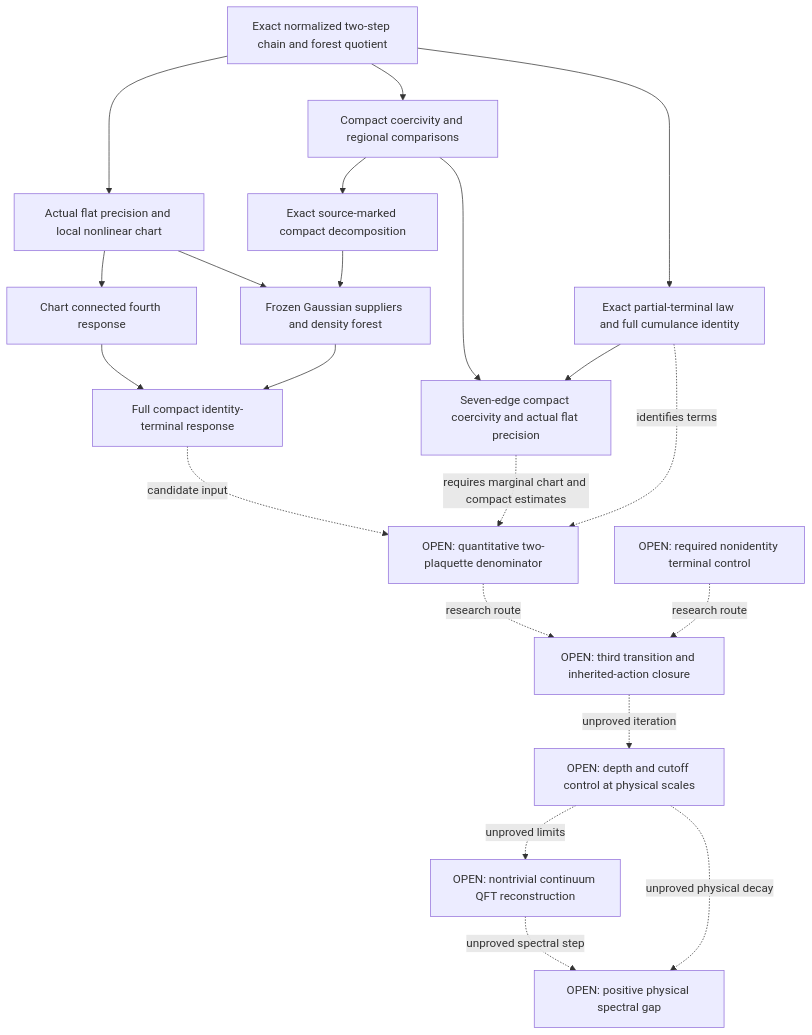
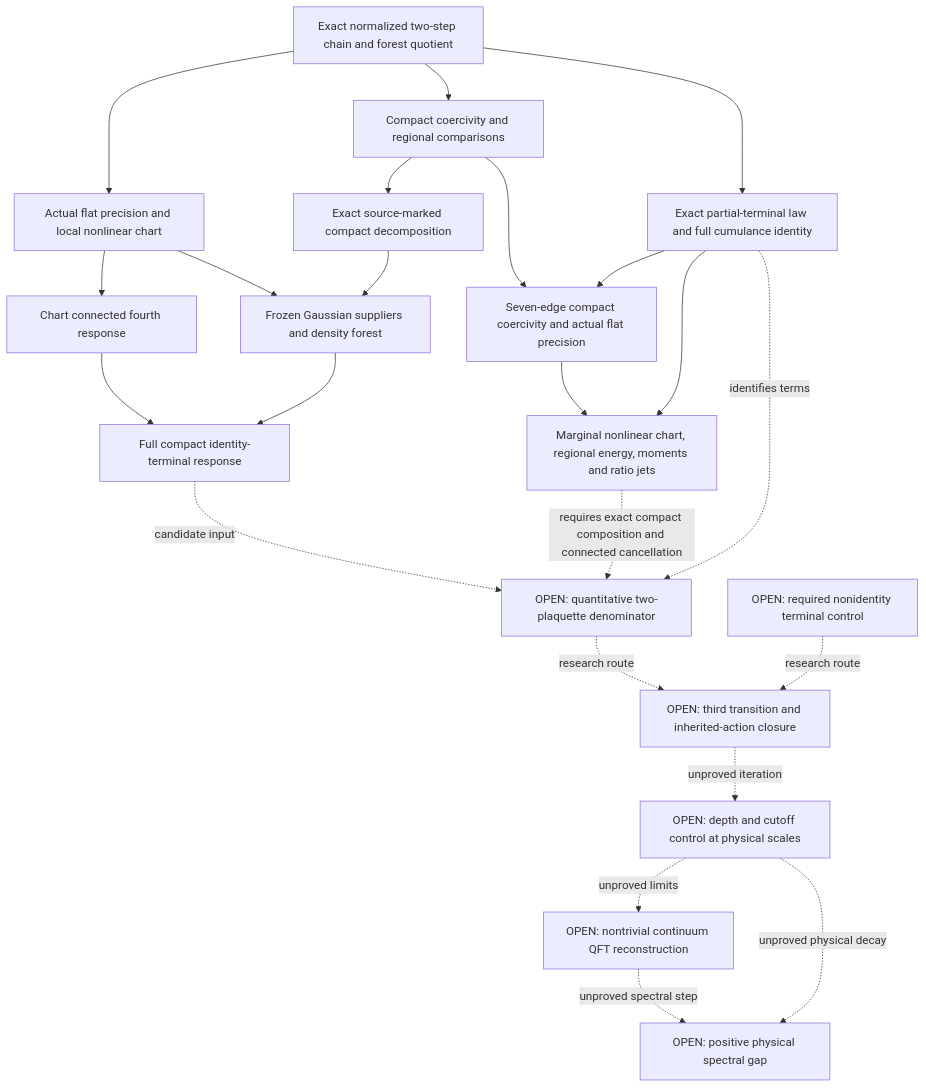
Before and after one commit to jonathonreilly/qubit-lattice-axiom-framework: the diagram in .claude/science/physics-loops/su2-gauge-aligned-response-20261108/PROOF_TREE.md, drawn with Mermaid. The commit also changed other lines of this file and 24 other files, not shown here.

Commit message:
Prove regional and nonlinear chart bounds for SU2 marginal

````diff
--- a/.claude/science/physics-loops/su2-gauge-aligned-response-20261108/PROOF_TREE.md
+++ b/.claude/science/physics-loops/su2-gauge-aligned-response-20261108/PROOF_TREE.md
@@ -25,38 +25,41 @@
 ```mermaid
 flowchart TD
   E[Exact normalized two-step chain and forest quotient]
   H[Actual flat precision and local nonlinear chart]
   C[Chart connected fourth response]
   R[Compact coercivity and regional comparisons]
   P[Exact source-marked compact decomposition]
   G[Frozen Gaussian suppliers and density forest]
   B[Full compact identity-terminal response]
   Q[Exact partial-terminal law and full cumulance identity]
   K[Seven-edge compact coercivity and actual flat precision]
+  U[Marginal nonlinear chart, regional energy, moments and ratio jets]
   D[OPEN: quantitative two-plaquette denominator]
   V[OPEN: required nonidentity terminal control]
   T[OPEN: third transition and inherited-action closure]
   S[OPEN: depth and cutoff control at physical scales]
   X[OPEN: nontrivial continuum QFT reconstruction]
   M[OPEN: positive physical spectral gap]
   E --> H
   H --> C
   E --> R
   R --> P
   H --> G
   P --> G
   C --> B
   G --> B
   E --> Q
   R --> K
   Q --> K
+  K --> U
+  Q --> U
   B -. candidate input .-> D
   Q -. identifies terms .-> D
-  K -. requires marginal chart and compact estimates .-> D
+  U -. requires exact compact composition and connected cancellation .-> D
   D -. research route .-> T
   V -. research route .-> T
   T -. unproved iteration .-> S
   S -. unproved limits .-> X
   X -. unproved spectral step .-> M
   S -. unproved physical decay .-> M
 ```
````
